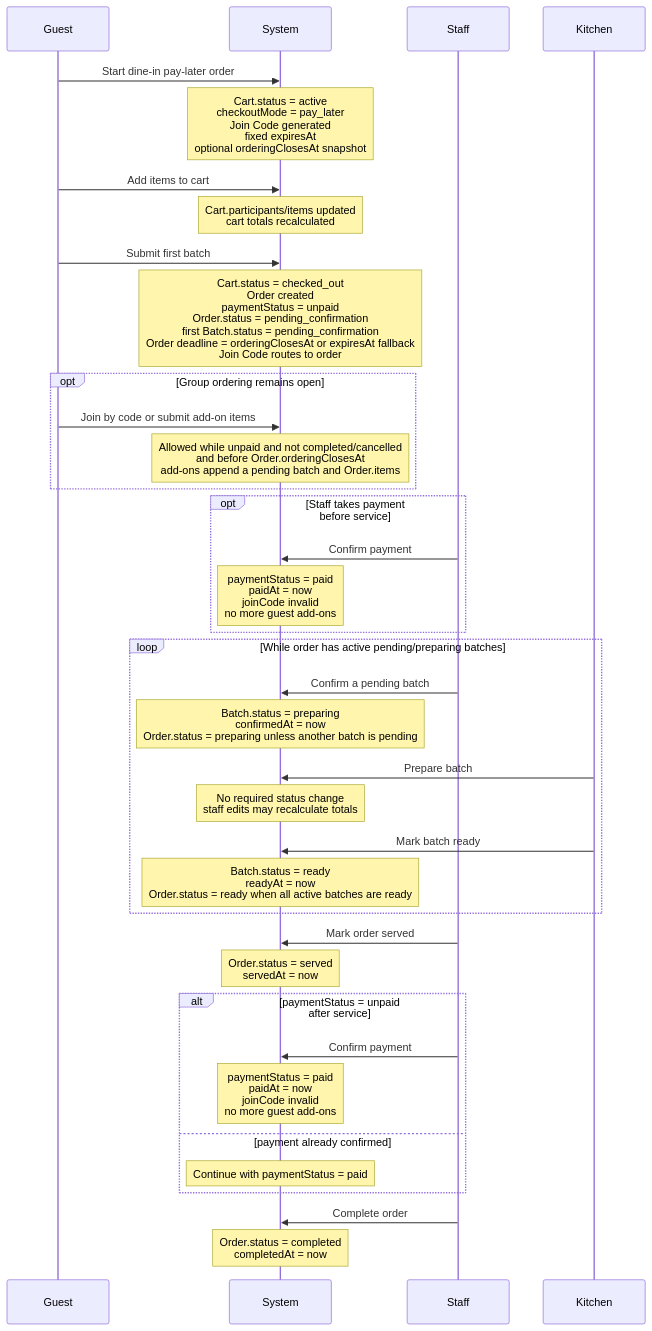
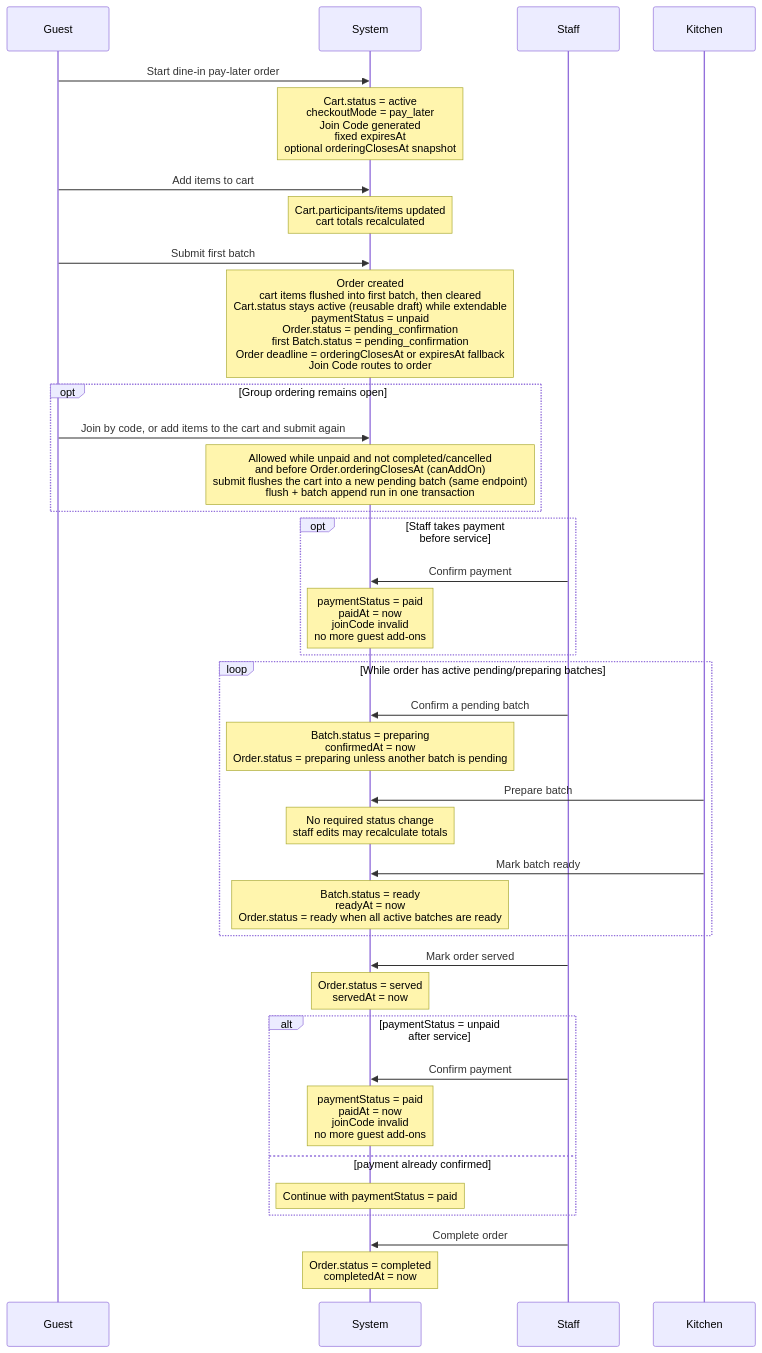
The third of 3 diagrams in docs/features/ordering-flow.md (hyh009/ordering-platform), drawn with Mermaid before and after one commit. The commit also changed other lines of this file and 3 other files, not shown here.

First line of the commit message:
docs(features): document reusable-cart add-on, decoupled order access, canAddOn

````diff
--- a/docs/features/ordering-flow.md
+++ b/docs/features/ordering-flow.md
@@ -89,50 +97,50 @@
 ```mermaid
 sequenceDiagram
   participant Guest
   participant System
   participant Staff
   participant Kitchen
 
   Guest->>System: Start dine-in pay-later order
   Note over System: Cart.status = active<br/>checkoutMode = pay_later<br/>Join Code generated<br/>fixed expiresAt<br/>optional orderingClosesAt snapshot
 
   Guest->>System: Add items to cart
   Note over System: Cart.participants/items updated<br/>cart totals recalculated
 
   Guest->>System: Submit first batch
-  Note over System: Cart.status = checked_out<br/>Order created<br/>paymentStatus = unpaid<br/>Order.status = pending_confirmation<br/>first Batch.status = pending_confirmation<br/>Order deadline = orderingClosesAt or expiresAt fallback<br/>Join Code routes to order
+  Note over System: Order created<br/>cart items flushed into first batch, then cleared<br/>Cart.status stays active (reusable draft) while extendable<br/>paymentStatus = unpaid<br/>Order.status = pending_confirmation<br/>first Batch.status = pending_confirmation<br/>Order deadline = orderingClosesAt or expiresAt fallback<br/>Join Code routes to order
 
   opt Group ordering remains open
-    Guest->>System: Join by code or submit add-on items
-    Note over System: Allowed while unpaid and not completed/cancelled<br/>and before Order.orderingClosesAt<br/>add-ons append a pending batch and Order.items
+    Guest->>System: Join by code, or add items to the cart and submit again
+    Note over System: Allowed while unpaid and not completed/cancelled<br/>and before Order.orderingClosesAt (canAddOn)<br/>submit flushes the cart into a new pending batch (same endpoint)<br/>flush + batch append run in one transaction
   end
 
   opt Staff takes payment before service
     Staff->>System: Confirm payment
     Note over System: paymentStatus = paid<br/>paidAt = now<br/>joinCode invalid<br/>no more guest add-ons
   end
 
   loop While order has active pending/preparing batches
     Staff->>System: Confirm a pending batch
     Note over System: Batch.status = preparing<br/>confirmedAt = now<br/>Order.status = preparing unless another batch is pending
 
     Kitchen->>System: Prepare batch
     Note over System: No required status change<br/>staff edits may recalculate totals
 
     Kitchen->>System: Mark batch ready
     Note over System: Batch.status = ready<br/>readyAt = now<br/>Order.status = ready when all active batches are ready
   end
 
   Staff->>System: Mark order served
   Note over System: Order.status = served<br/>servedAt = now
 
   alt paymentStatus = unpaid after service
     Staff->>System: Confirm payment
     Note over System: paymentStatus = paid<br/>paidAt = now<br/>joinCode invalid<br/>no more guest add-ons
   else payment already confirmed
     Note over System: Continue with paymentStatus = paid
   end
 
   Staff->>System: Complete order
   Note over System: Order.status = completed<br/>completedAt = now
 ```
````
